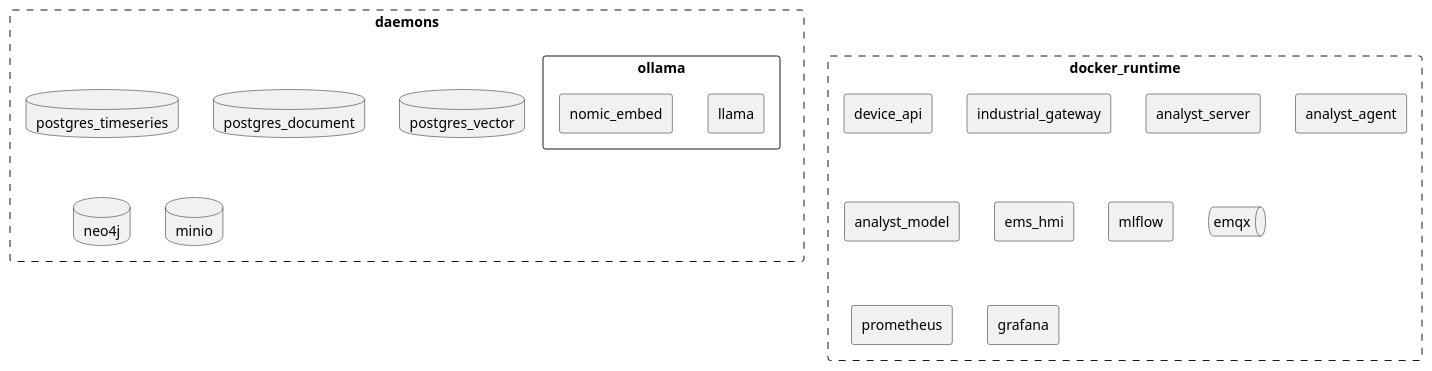
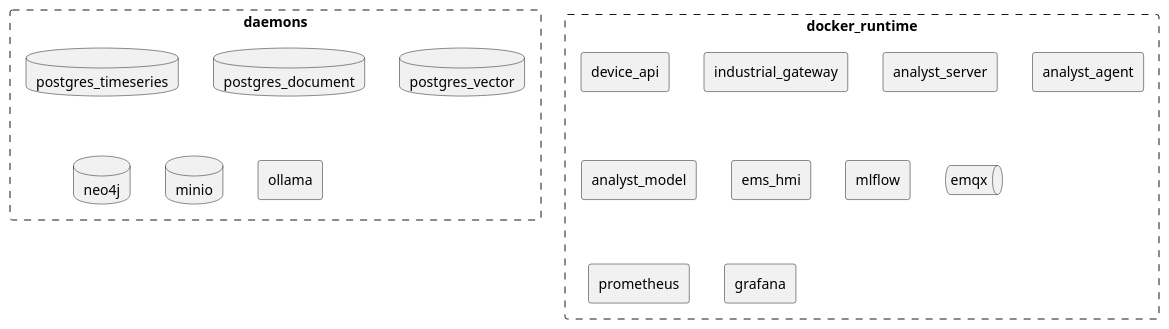
Before and after one commit to arcnode-io/ems: the fifth of 6 diagrams in readme.md, drawn with PlantUML. The commit also changed other lines of this file, not shown here.

````diff
--- a/readme.md
+++ b/readme.md
@@ -184,27 +192,24 @@
 ```plantuml
 rectangle daemons #line.dashed {
     database postgres_timeseries 
     database postgres_document 
     database postgres_vector
     database neo4j
     database minio
-    rectangle ollama {
-      rectangle llama
-      rectangle nomic_embed
-    }
+    rectangle ollama
     }
 
     rectangle docker_runtime #line.dashed {
     rectangle device_api
     rectangle industrial_gateway
     rectangle analyst_server
     rectangle analyst_agent
     rectangle analyst_model
     rectangle ems_hmi
     rectangle mlflow
     queue emqx
     rectangle prometheus
     rectangle grafana
 }
 
 ```
````
